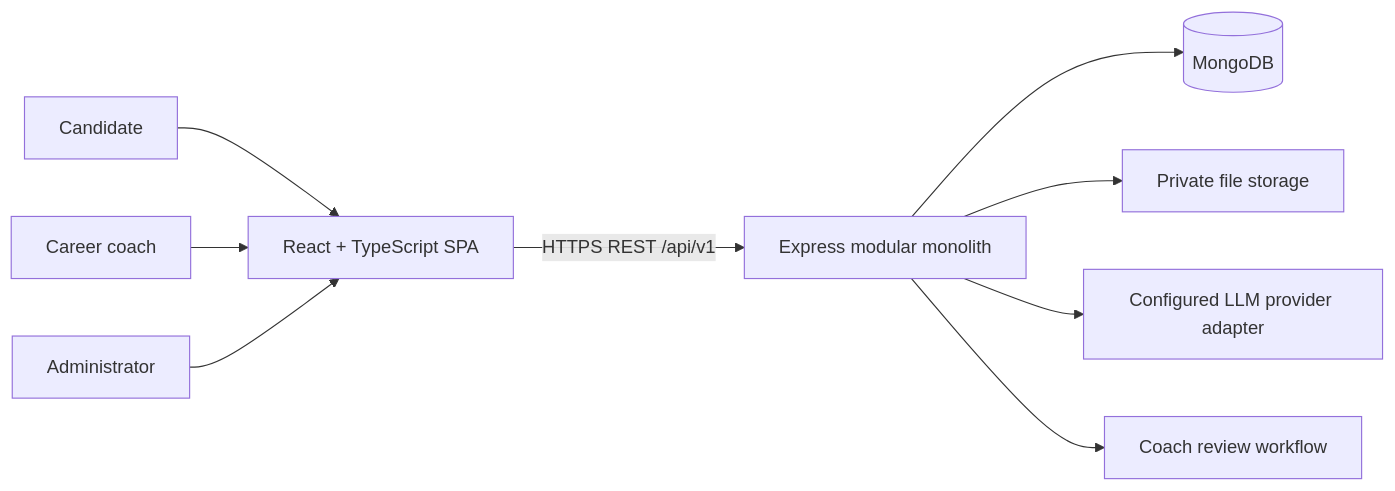
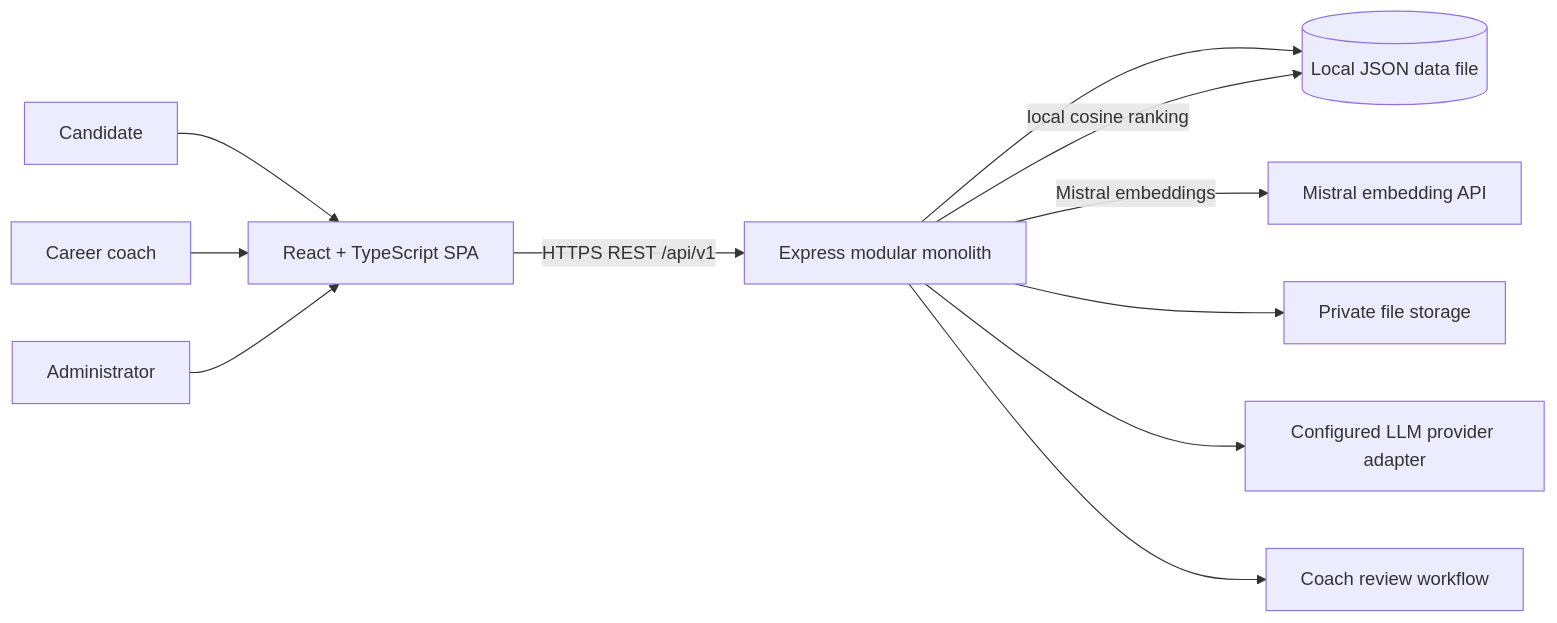
The diagram in docs/architecture/Architecture.md (busisiweMailula/AI_Coach), drawn with Mermaid before and after one commit. The commit also changed other lines of this file and 68 other files, not shown here.

````diff
--- a/docs/architecture/Architecture.md
+++ b/docs/architecture/Architecture.md
@@ -28,11 +28,13 @@
 ```mermaid
 flowchart LR
   Candidate[Candidate] --> Web[React + TypeScript SPA]
   Coach[Career coach] --> Web
   Admin[Administrator] --> Web
   Web -->|HTTPS REST /api/v1| API[Express modular monolith]
-  API --> Mongo[(MongoDB)]
+  API --> JSON[(Local JSON data file)]
+  API -->|Mistral embeddings| Embedder[Mistral embedding API]
+  API -->|local cosine ranking| JSON
   API --> Files[Private file storage]
   API --> Provider[Configured LLM provider adapter]
   API --> Reviewer[Coach review workflow]
 ```
````
